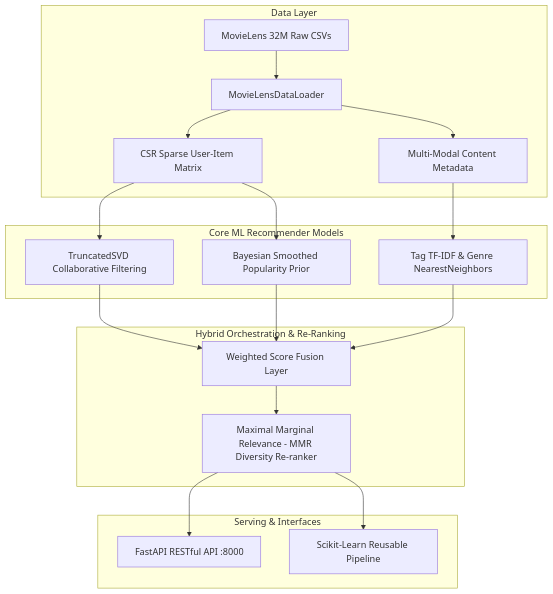
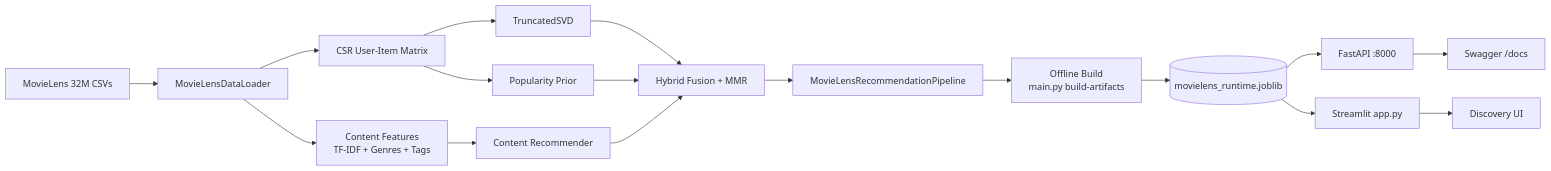
Before and after one commit to mightyalok00/movie-recommendation-system-scikit-learn: the diagram in README.md, drawn with Mermaid. The commit also changed other lines of this file, not shown here.

````diff
--- a/README.md
+++ b/README.md
@@ -39,26 +38,19 @@
 ```mermaid
-flowchart TD
-    subgraph Data Layer
-        A[MovieLens 32M Raw CSVs] --> B[MovieLensDataLoader]
-        B --> C[CSR Sparse User-Item Matrix]
-        B --> D[Multi-Modal Content Metadata]
-    end
-
-    subgraph Core ML Recommender Models
-        C --> E[TruncatedSVD Collaborative Filtering]
-        D --> F[Tag TF-IDF & Genre NearestNeighbors]
-        C --> G[Bayesian Smoothed Popularity Prior]
-    end
-
-    subgraph Hybrid Orchestration & Re-Ranking
-        E --> H[Weighted Score Fusion Layer]
-        F --> H
-        G --> H
-        H --> I[Maximal Marginal Relevance - MMR Diversity Re-ranker]
-    end
-
-    subgraph Serving & Interfaces
-        I --> J[FastAPI RESTful API :8000]
-        I --> K[Scikit-Learn Reusable Pipeline]
-    end
+flowchart LR
+    A[MovieLens 32M CSVs] --> B[MovieLensDataLoader]
+    B --> C[Content Features\nTF-IDF + Genres + Tags]
+    B --> D[CSR User-Item Matrix]
+    D --> E[TruncatedSVD]
+    D --> F[Popularity Prior]
+    C --> G[Content Recommender]
+    E --> H[Hybrid Fusion + MMR]
+    F --> H
+    G --> H
+    H --> I[MovieLensRecommendationPipeline]
+    I --> J[Offline Build\nmain.py build-artifacts]
+    J --> K[(movielens_runtime.joblib)]
+    K --> L[FastAPI :8000]
+    K --> M[Streamlit app.py]
+    L --> N[Swagger /docs]
+    M --> O[Discovery UI]
 ```
````
